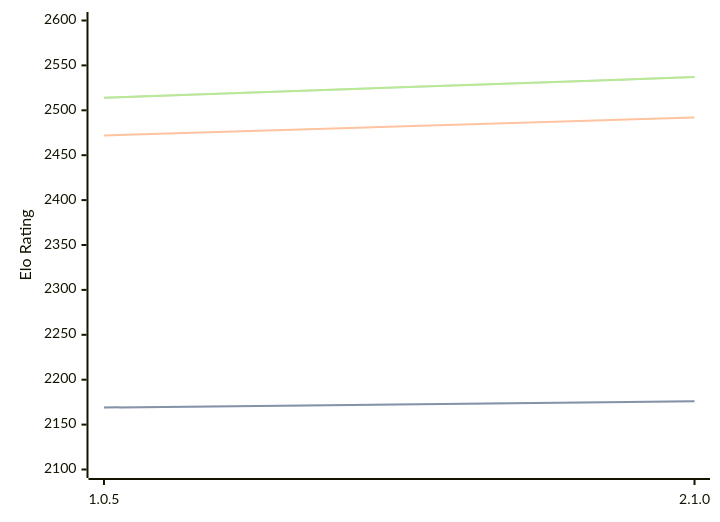
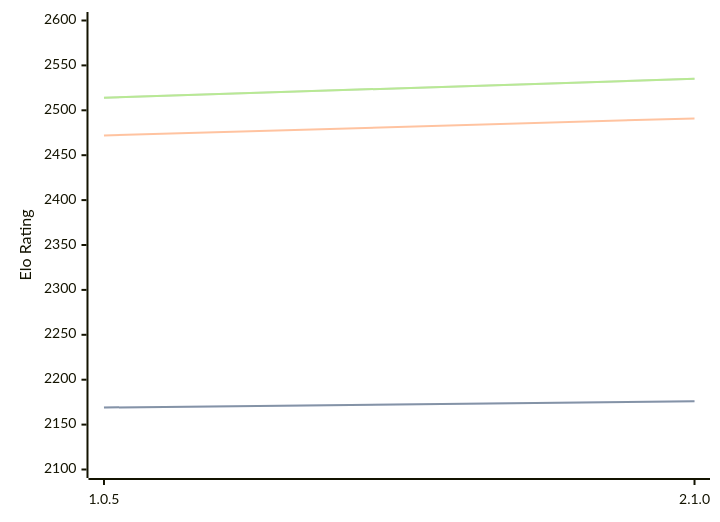
The diagram in engines/Ruffian.md (computer-chess-index/cci), drawn with Mermaid before and after one commit. The commit also changed other lines of this file, not shown here.

Commit message:
Update CCI Ratings (ELO VLTC) - 2026-04-07

````diff
--- a/engines/Ruffian.md
+++ b/engines/Ruffian.md
@@ -32,11 +32,11 @@
 ```mermaid
 %%{init: {"theme":"base","themeVariables":{"seriesColors:['#a3a3a3','#222221','#faa371']}}}%%
 xychart-beta
   x-axis ["1.0.5", "2.1.0"]
   y-axis "Elo Rating" 2100 --> 2600
   line "STC (8.0+0.08s)" [2169, 2176]
   line "STC (8.0+0.08s)" [2169, 2176]
-  line "LTC (60.0+0.60s)" [2472, 2492]
-  line "VLTC (2m24s+1.12s)" [2514, 2537]
-  line "VLTC (2m24s+1.12s)" [2514, 2537]
+  line "LTC (60.0+0.60s)" [2472, 2491]
+  line "VLTC (2m24s+1.12s)" [2514, 2535]
+  line "VLTC (2m24s+1.12s)" [2514, 2535]
 ```
````
